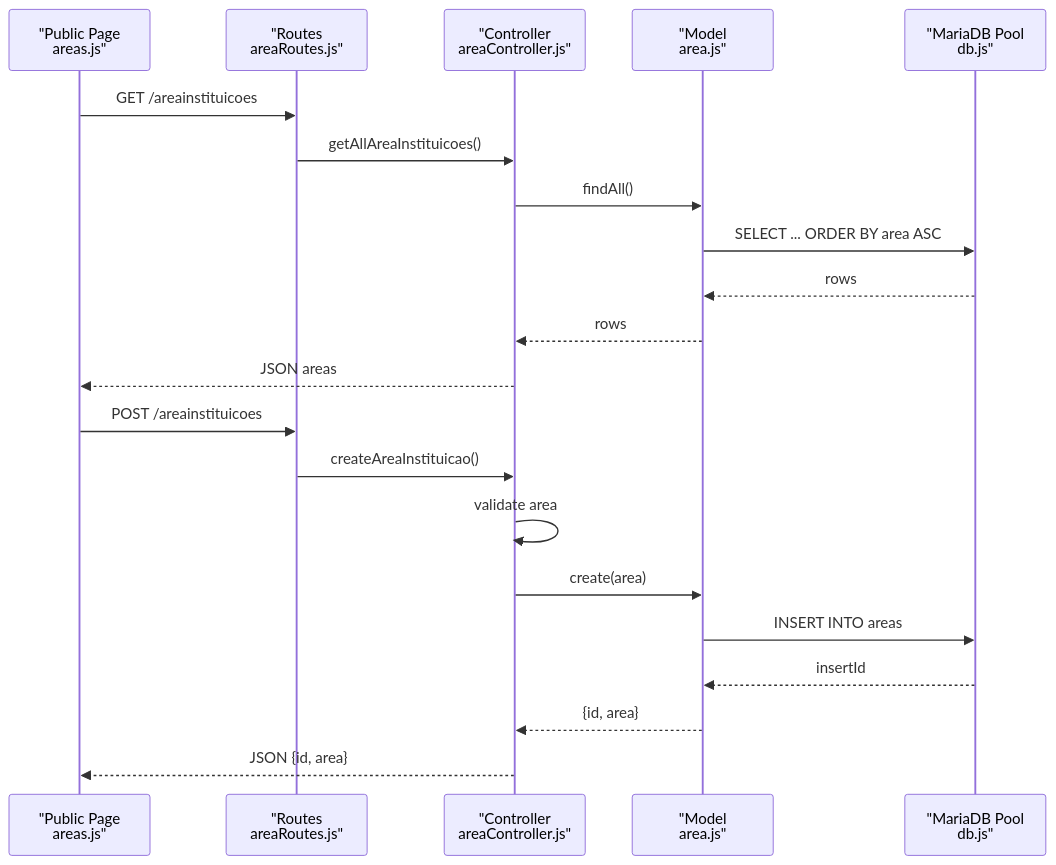
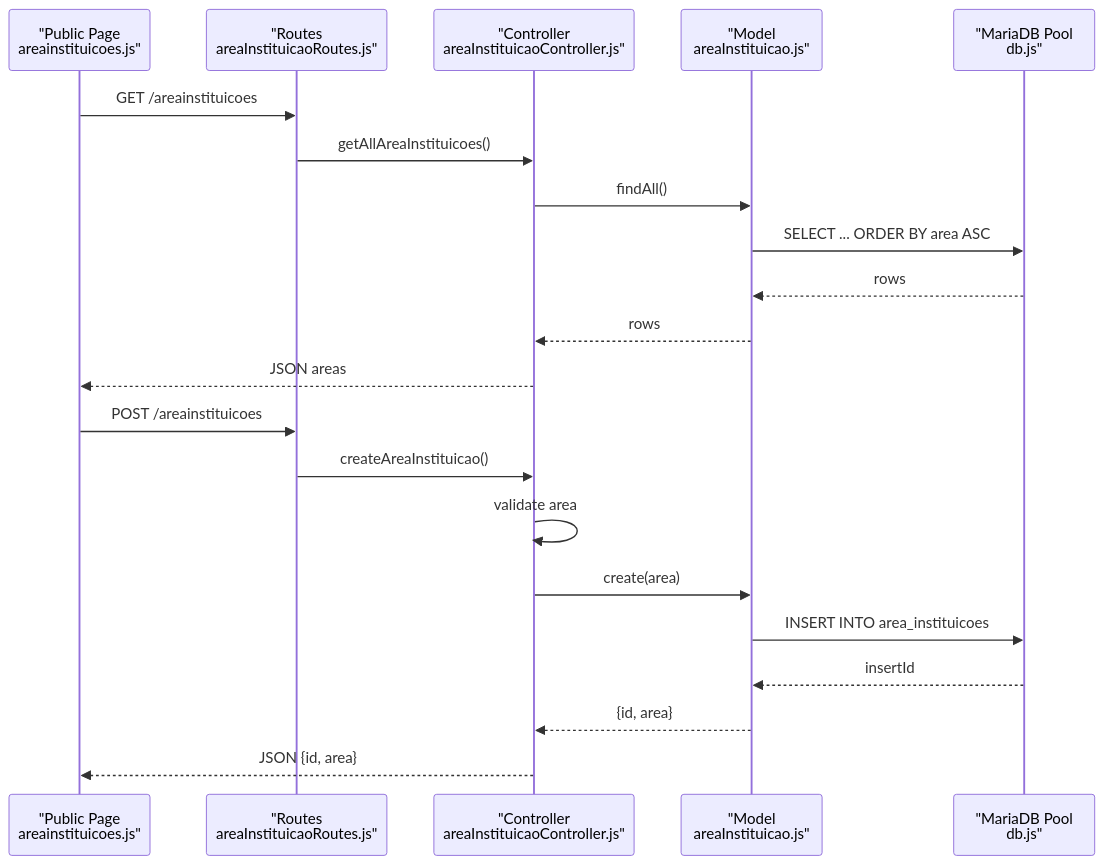
One commit to luiseduacosta/nodemural changed the second of 8 diagrams in .qoder/repowiki/en/content/Data Models & Database Design/Institutional Management Models.md. Above: the diagram before and after it, drawn with Mermaid. The commit also changed other lines of this file and 27 other files, not shown here.

````diff
--- a/.qoder/repowiki/en/content/Data Models & Database Design/Institutional Management Models.md
+++ b/.qoder/repowiki/en/content/Data Models & Database Design/Institutional Management Models.md
@@ -207,23 +207,23 @@
 ```mermaid
 sequenceDiagram
-participant UI as "Public Page<br/>areas.js"
-participant Router as "Routes<br/>areaRoutes.js"
-participant Ctrl as "Controller<br/>areaController.js"
-participant Model as "Model<br/>area.js"
+participant UI as "Public Page<br/>areainstituicoes.js"
+participant Router as "Routes<br/>areaInstituicaoRoutes.js"
+participant Ctrl as "Controller<br/>areaInstituicaoController.js"
+participant Model as "Model<br/>areaInstituicao.js"
 participant DB as "MariaDB Pool<br/>db.js"
 UI->>Router : GET /areainstituicoes
 Router->>Ctrl : getAllAreaInstituicoes()
 Ctrl->>Model : findAll()
 Model->>DB : SELECT ... ORDER BY area ASC
 DB-->>Model : rows
 Model-->>Ctrl : rows
 Ctrl-->>UI : JSON areas
 UI->>Router : POST /areainstituicoes
 Router->>Ctrl : createAreaInstituicao()
 Ctrl->>Ctrl : validate area
 Ctrl->>Model : create(area)
-Model->>DB : INSERT INTO areas
+Model->>DB : INSERT INTO area_instituicoes
 DB-->>Model : insertId
 Model-->>Ctrl : {id, area}
 Ctrl-->>UI : JSON {id, area}
 ```
````
